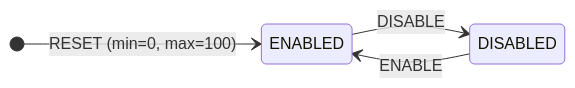
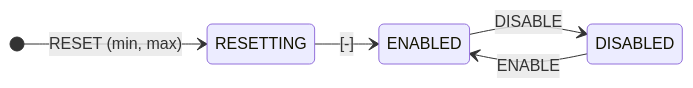
One commit to tfcp68/yantrix changed the fourth of 11 diagrams in docs/index.md. Above: the diagram before and after it, drawn with Mermaid. The commit also changed other lines of this file and 2 other files, not shown here.

````diff
--- a/docs/index.md
+++ b/docs/index.md
@@ -145,7 +137,8 @@
 ```mermaid
 stateDiagram-v2
 	direction LR
-	[*] --> ENABLED: RESET (min=0, max=100)
+	[*] --> RESETTING: RESET (min, max)
+	RESETTING --> ENABLED: [-]
 	ENABLED --> DISABLED: DISABLE
 	DISABLED --> ENABLED: ENABLE
 ```
````
